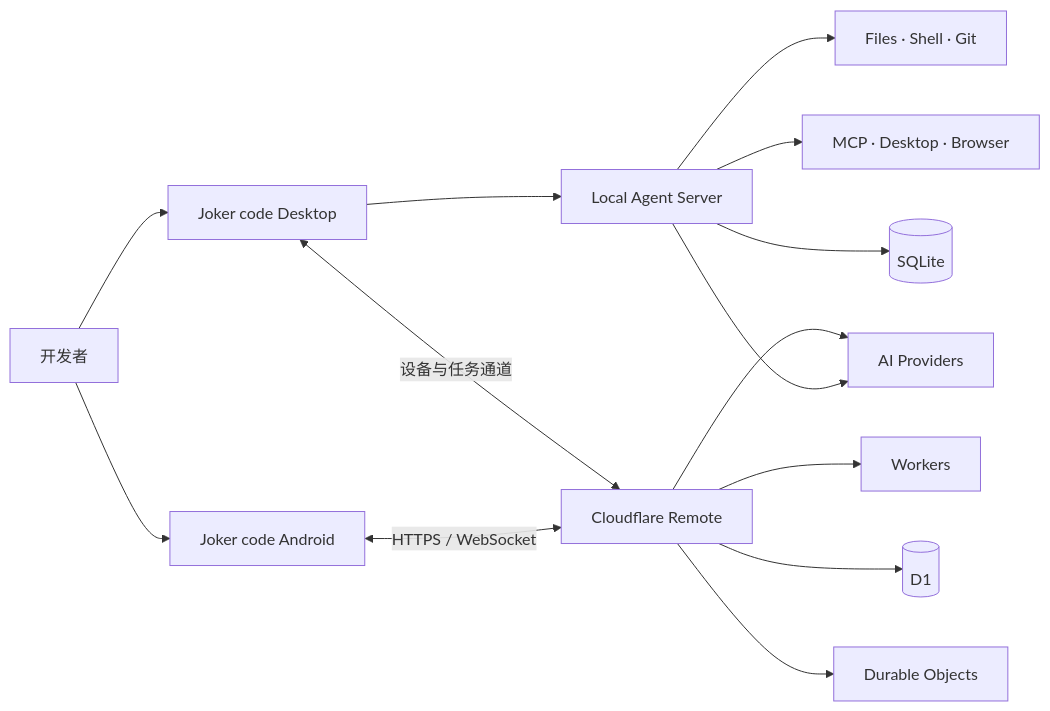
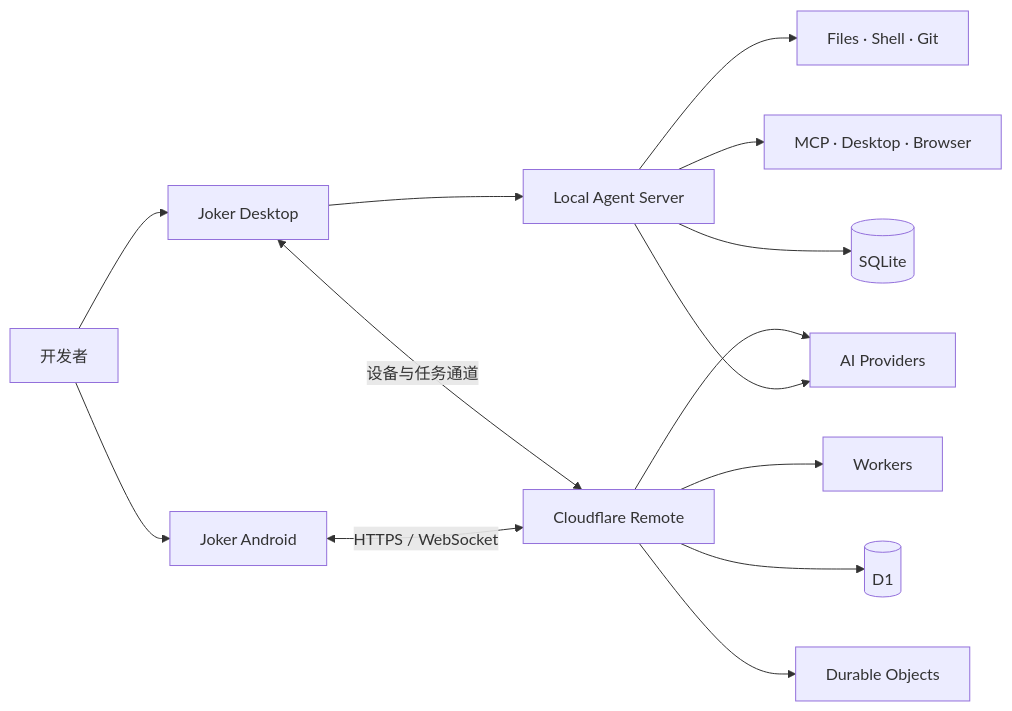
Before and after one commit to kdczyz/Joker: the diagram in README.zh-CN.md, drawn with Mermaid. The commit also changed other lines of this file and 21 other files, not shown here.

First line of the commit message:
docs: add centered logo and rename Joker code → Joker; add Cloudflare OAuth settings

````diff
--- a/README.zh-CN.md
+++ b/README.zh-CN.md
@@ -53,18 +55,18 @@
 ```mermaid
 flowchart LR
-    U[开发者] --> D[Joker code Desktop]
-    U --> M[Joker code Android]
+    U[开发者] --> D[Joker Desktop]
+    U --> M[Joker Android]
 
     D --> A[Local Agent Server]
     A --> P[AI Providers]
     A --> T[Files · Shell · Git]
     A --> X[MCP · Desktop · Browser]
     A --> S[(SQLite)]
 
     M <-->|HTTPS / WebSocket| C[Cloudflare Remote]
     D <-->|设备与任务通道| C
     C --> W[Workers]
     C --> DB[(D1)]
     C --> DO[Durable Objects]
     C --> P
 ```
````
